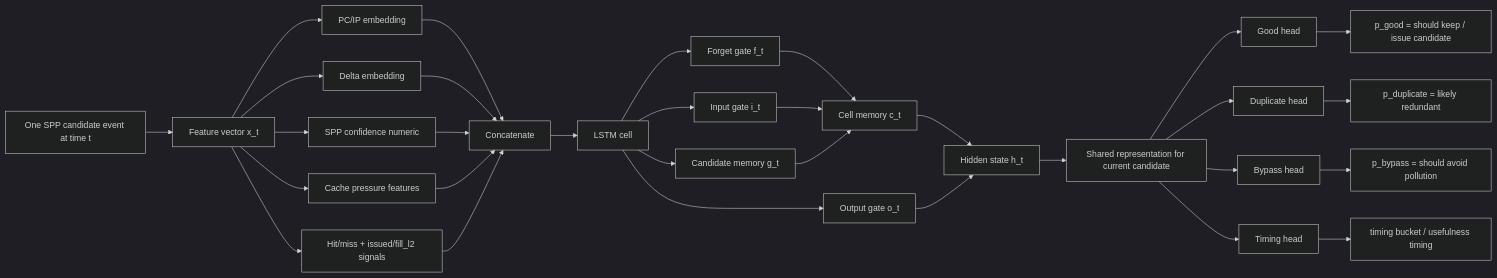
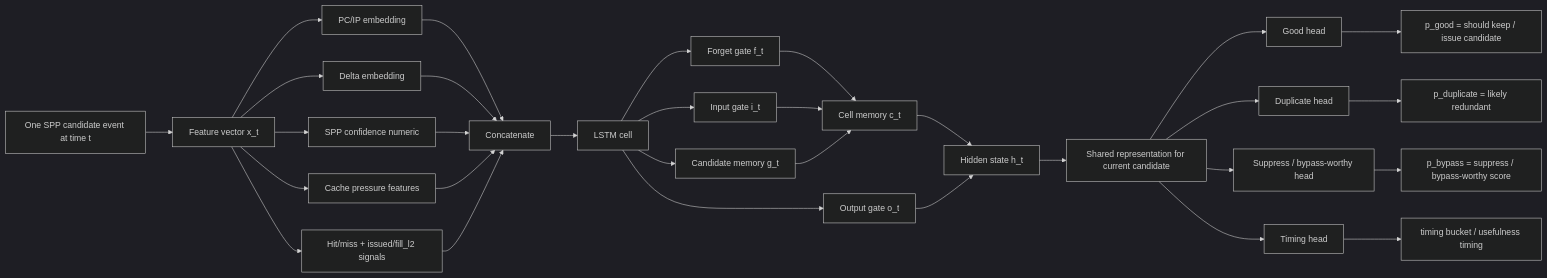
One commit to Angelawoo572/cache_arch changed the third of 8 diagrams in formal_NN_training/LSTM_cache_action_pipeline_story.md. Above: the diagram before and after it, drawn with Mermaid (dark theme). The commit also changed other lines of this file, not shown here.

Commit message:
Tighten LSTM flowchart wording

````diff
--- a/formal_NN_training/LSTM_cache_action_pipeline_story.md
+++ b/formal_NN_training/LSTM_cache_action_pipeline_story.md
@@ -138,41 +138,41 @@
 ```mermaid
 flowchart LR
     A[One SPP candidate event at time t] --> B[Feature vector x_t]
 
     B --> B1[PC/IP embedding]
     B --> B2[Delta embedding]
     B --> B3[SPP confidence numeric]
     B --> B4[Cache pressure features]
     B --> B5[Hit/miss + issued/fill_l2 signals]
 
     B1 --> C[Concatenate]
     B2 --> C
     B3 --> C
     B4 --> C
     B5 --> C
 
     C --> D[LSTM cell]
 
     D --> D1[Forget gate f_t]
     D --> D2[Input gate i_t]
     D --> D3[Candidate memory g_t]
     D --> D4[Output gate o_t]
 
     D1 --> E[Cell memory c_t]
     D2 --> E
     D3 --> E
     E --> F[Hidden state h_t]
     D4 --> F
 
     F --> G[Shared representation for current candidate]
 
     G --> H1[Good head]
     G --> H2[Duplicate head]
-    G --> H3[Bypass head]
+    G --> H3[Suppress / bypass-worthy head]
     G --> H4[Timing head]
 
     H1 --> I1[p_good = should keep / issue candidate]
     H2 --> I2[p_duplicate = likely redundant]
-    H3 --> I3[p_bypass = should avoid pollution]
+    H3 --> I3[p_bypass = suppress / bypass-worthy score]
     H4 --> I4[timing bucket / usefulness timing]
 ```
````
